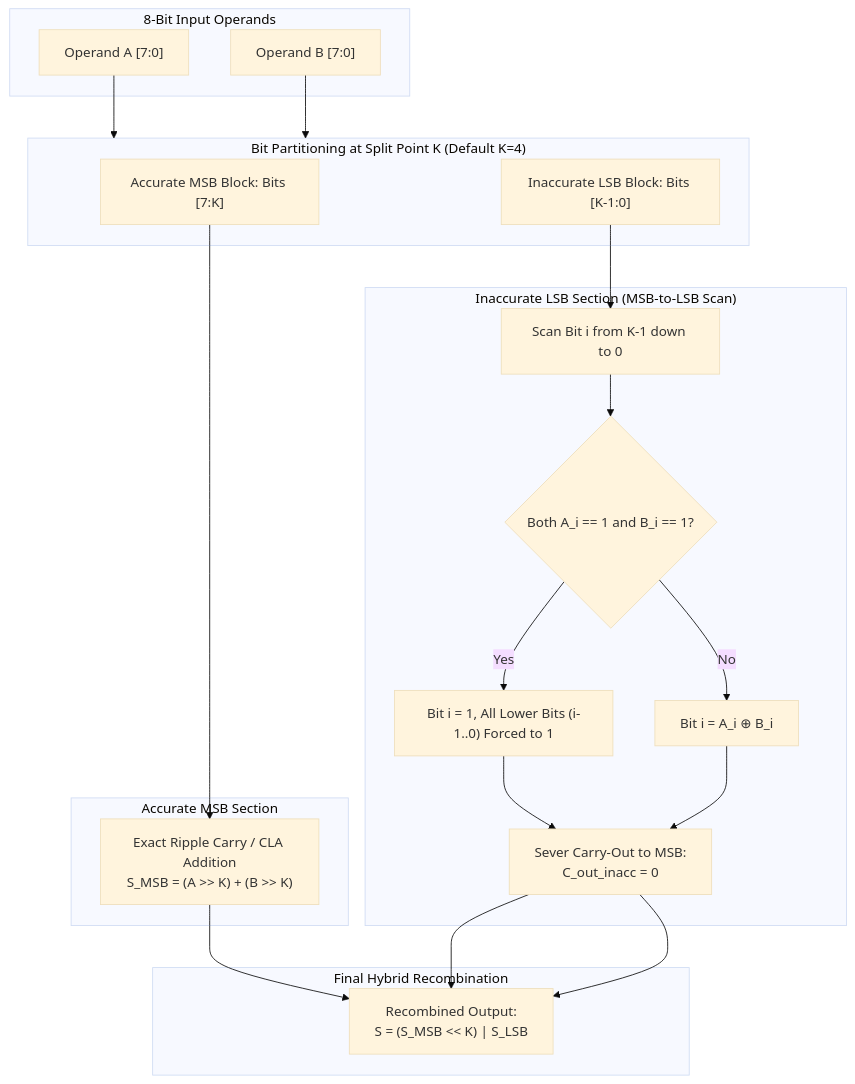
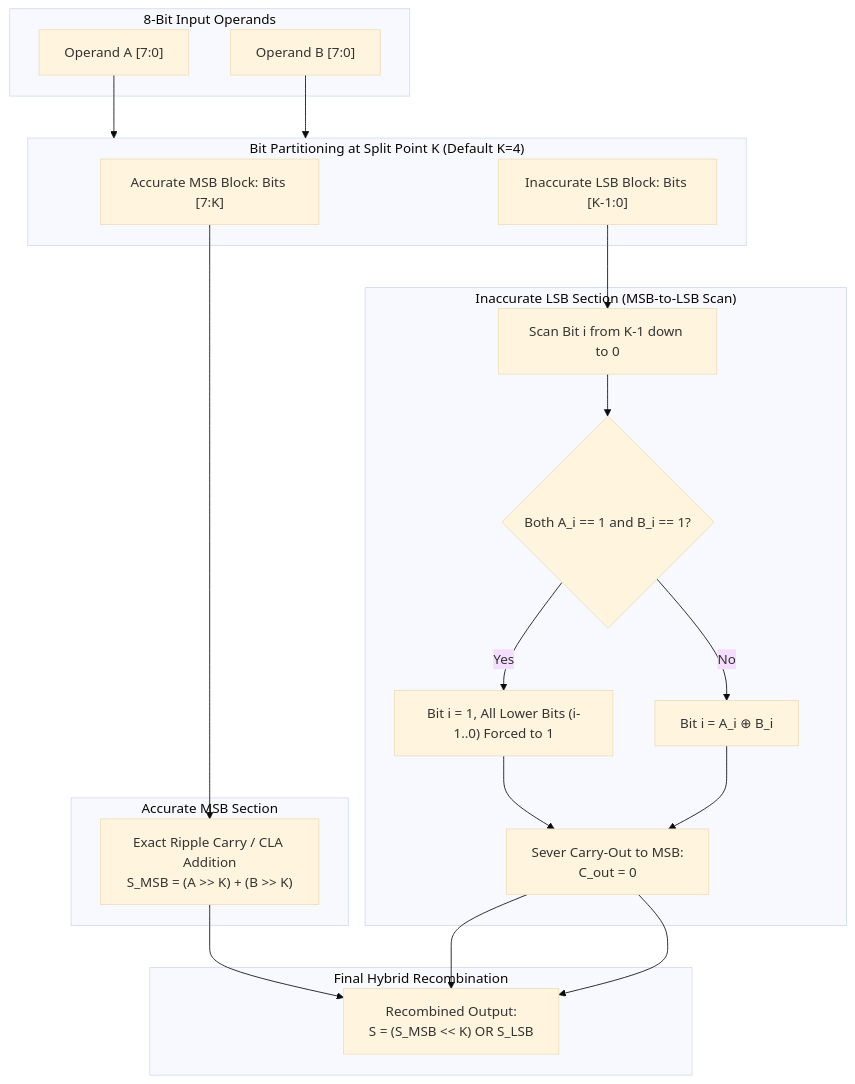
One commit to Hitesh070/Approximate-Arithmetic-Adder-for-Image-Processing-and-it-s-application changed the first of 2 diagrams in README.md. Above: the diagram before and after it, drawn with Mermaid (base theme). The commit also changed other lines of this file, not shown here.

Commit message:
docs(readme): sanitize mermaid flowchart syntax and katex math mode rendering

````diff
--- a/README.md
+++ b/README.md
@@ -86,34 +86,34 @@
 ```mermaid
 flowchart TD
     subgraph Inputs ["8-Bit Input Operands"]
         A["Operand A [7:0]"]
         B["Operand B [7:0]"]
     end
 
     subgraph Split ["Bit Partitioning at Split Point K (Default K=4)"]
         MSB_Bits["Accurate MSB Block: Bits [7:K]"]
         LSB_Bits["Inaccurate LSB Block: Bits [K-1:0]"]
     end
 
     subgraph AccurateStage ["Accurate MSB Section"]
-        RCA["Exact Ripple Carry / CLA Addition\nS_MSB = (A >> K) + (B >> K)"]
+        RCA["Exact Ripple Carry / CLA Addition<br/>S_MSB = (A &gt;&gt; K) + (B &gt;&gt; K)"]
     end
 
     subgraph InaccurateStage ["Inaccurate LSB Section (MSB-to-LSB Scan)"]
         Scan["Scan Bit i from K-1 down to 0"]
         Trigger{"Both A_i == 1 and B_i == 1?"}
         Force["Bit i = 1, All Lower Bits (i-1..0) Forced to 1"]
         XOR["Bit i = A_i ⊕ B_i"]
-        Cutoff["Sever Carry-Out to MSB:\nC_out_inacc = 0"]
+        Cutoff["Sever Carry-Out to MSB:<br/>C_out = 0"]
     end
 
     subgraph Output ["Final Hybrid Recombination"]
-        Sum["Recombined Output:\nS = (S_MSB << K) | S_LSB"]
+        Sum["Recombined Output:<br/>S = (S_MSB &lt;&lt; K) OR S_LSB"]
     end
 
     A & B --> Split
     MSB_Bits --> RCA --> Sum
     LSB_Bits --> Scan --> Trigger
     Trigger -- Yes --> Force --> Cutoff --> Sum
     Trigger -- No --> XOR --> Cutoff --> Sum
 ```
````
